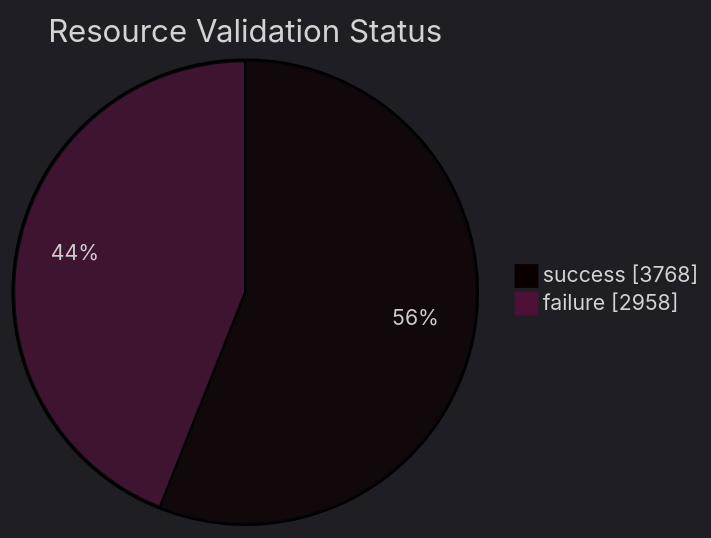
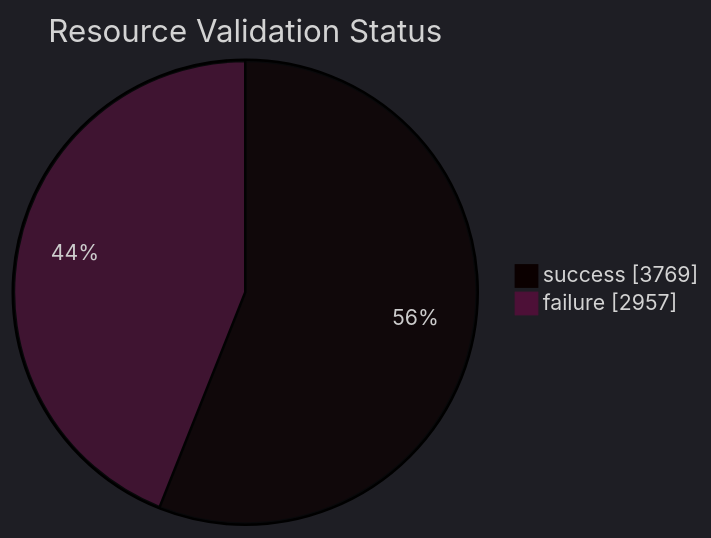
The first of 5 diagrams in datastore_tracker/README.md (open-data/analytics-corporate-reporting), drawn with Mermaid before and after one commit. The commit also changed other lines of this file and 7 other files, not shown here.

````diff
--- a/datastore_tracker/README.md
+++ b/datastore_tracker/README.md
@@ -20,9 +20,9 @@
 ```mermaid
 ---
 config:
   theme: dark
 ---
 pie showData title Resource Validation Status
-    "success": 3768
-    "failure": 2958
+    "success": 3769
+    "failure": 2957
 ```
````
